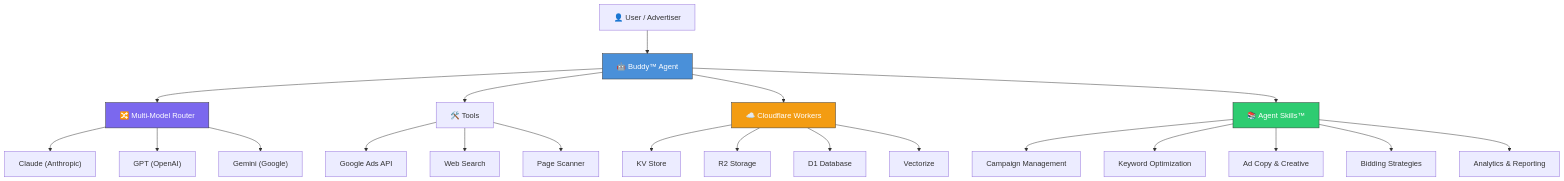
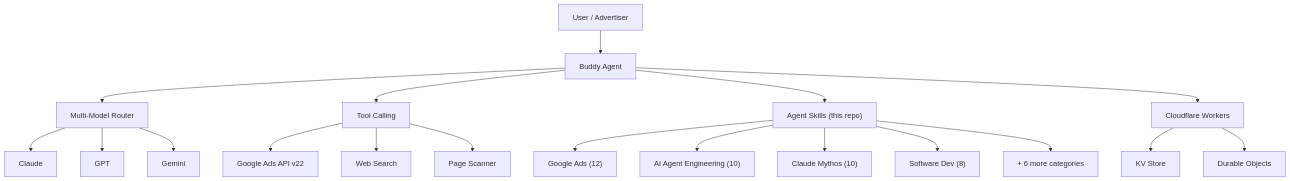
One commit to itallstartedwithaidea/agent-skills changed the diagram in README.md. Above: the diagram before and after it, drawn with Mermaid. The commit also changed other lines of this file and 87 other files, not shown here.

````diff
--- a/README.md
+++ b/README.md
@@ -23,32 +144,25 @@
 ```mermaid
 graph TB
-    User["👤 User / Advertiser"] --> Buddy["🤖 Buddy™ Agent"]
+    User["User / Advertiser"] --> Buddy["Buddy Agent"]
 
-    Buddy --> Router["🔀 Multi-Model Router"]
-    Router --> Claude["Claude (Anthropic)"]
-    Router --> GPT["GPT (OpenAI)"]
-    Router --> Gemini["Gemini (Google)"]
+    Buddy --> Router["Multi-Model Router"]
+    Router --> Claude["Claude"]
+    Router --> GPT["GPT"]
+    Router --> Gemini["Gemini"]
 
-    Buddy --> Tools["🛠️ Tools"]
-    Tools --> GAds["Google Ads API"]
+    Buddy --> Tools["Tool Calling"]
+    Tools --> GAds["Google Ads API v22"]
     Tools --> WebSearch["Web Search"]
     Tools --> PageScanner["Page Scanner"]
 
-    Buddy --> CF["☁️ Cloudflare Workers"]
+    Buddy --> Skills["Agent Skills (this repo)"]
+    Skills --> GoogleAds["Google Ads (12)"]
+    Skills --> AgentEng["AI Agent Engineering (10)"]
+    Skills --> ClaudeMythos["Claude Mythos (10)"]
+    Skills --> SoftwareDev["Software Dev (8)"]
+    Skills --> OtherCats["+ 6 more categories"]
+
+    Buddy --> CF["Cloudflare Workers"]
     CF --> KV["KV Store"]
-    CF --> R2["R2 Storage"]
-    CF --> D1["D1 Database"]
-    CF --> Vectorize["Vectorize"]
-
-    Buddy --> Skills["📚 Agent Skills™"]
-    Skills --> Cat1["Campaign Management"]
-    Skills --> Cat2["Keyword Optimization"]
-    Skills --> Cat3["Ad Copy & Creative"]
-    Skills --> Cat4["Bidding Strategies"]
-    Skills --> Cat5["Analytics & Reporting"]
-
-    style Buddy fill:#4A90D9,stroke:#333,color:#fff
-    style Router fill:#7B68EE,stroke:#333,color:#fff
-    style Skills fill:#2ECC71,stroke:#333,color:#fff
-    style CF fill:#F39C12,stroke:#333,color:#fff
+    CF --> DO["Durable Objects"]
 ```
````
